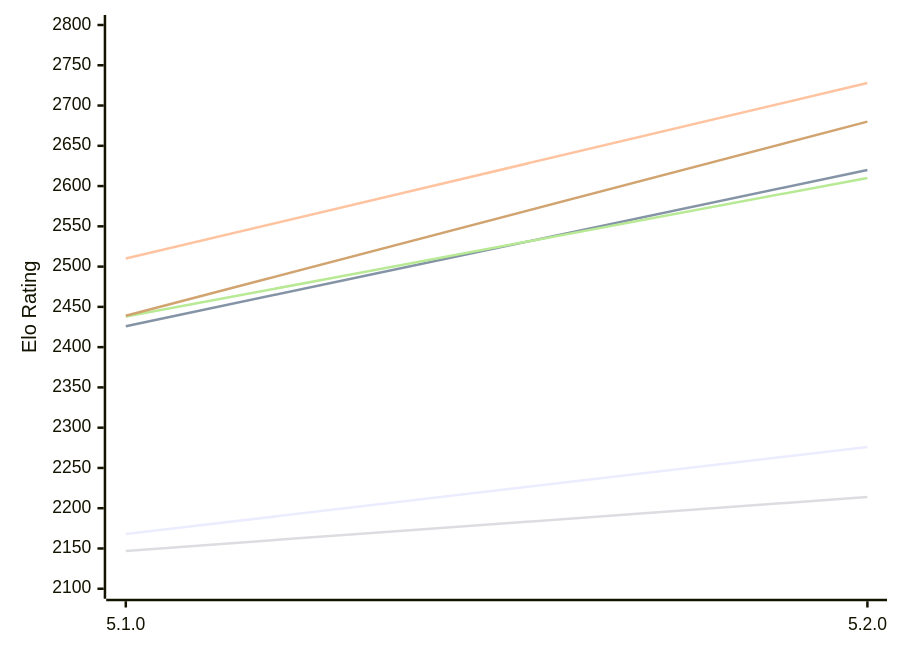
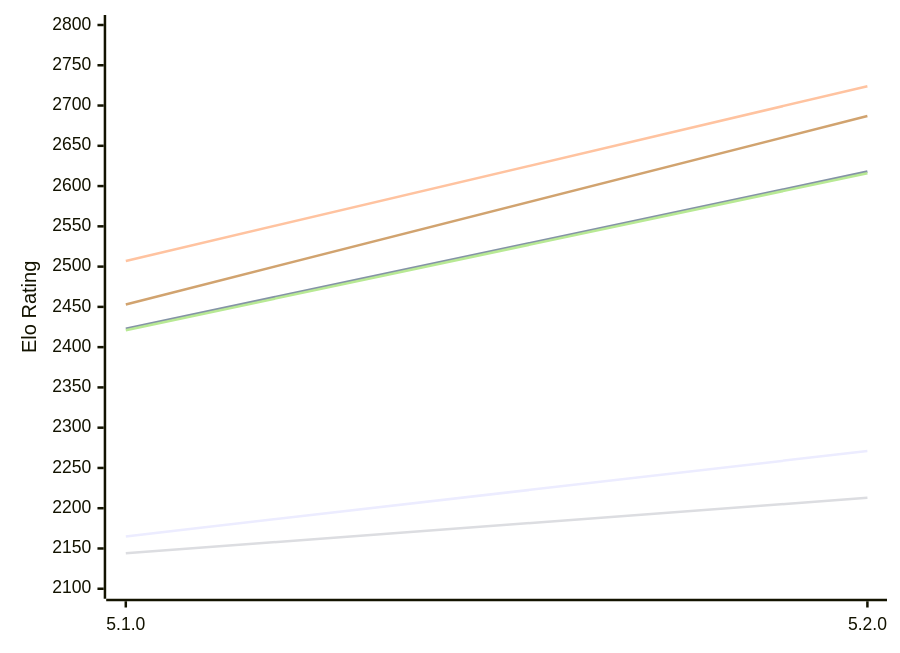
Before and after one commit to computer-chess-index/cci: the first of 2 diagrams in engines/Aconcagua.md, drawn with Mermaid. The commit also changed other lines of this file, not shown here.

Commit message:
Update CCI Ratings (ELO VLTC) - 2026-11-21

````diff
--- a/engines/Aconcagua.md
+++ b/engines/Aconcagua.md
@@ -53,12 +53,12 @@
 ```mermaid
 %%{init: {"theme":"base","themeVariables":{"seriesColors:['#a3a3a3','#222221','#faa371']}}}%%
 xychart-beta
   x-axis ["5.1.0", "5.2.0"]
   y-axis "Elo Rating" 2100 --> 2800
-  line "E1: STC (8.0+0.08s)" [2168, 2276]
-  line "E1: LTC (60.0+0.60s)" [2426, 2620]
-  line "E1: VLTC (2m24s+1.12s)" [2510, 2728]
-  line "P1: STC (8.0+0.08s)" [2147, 2214]
-  line "P1: LTC (60.0+0.60s)" [2438, 2610]
-  line "P1: VLTC (2m24s+1.12s)" [2439, 2680]
+  line "E1: STC (8.0+0.08s)" [2165, 2271]
+  line "E1: LTC (60.0+0.60s)" [2423, 2618]
+  line "E1: VLTC (2m24s+1.12s)" [2507, 2724]
+  line "P1: STC (8.0+0.08s)" [2144, 2213]
+  line "P1: LTC (60.0+0.60s)" [2421, 2616]
+  line "P1: VLTC (2m24s+1.12s)" [2453, 2687]
 ```
````
